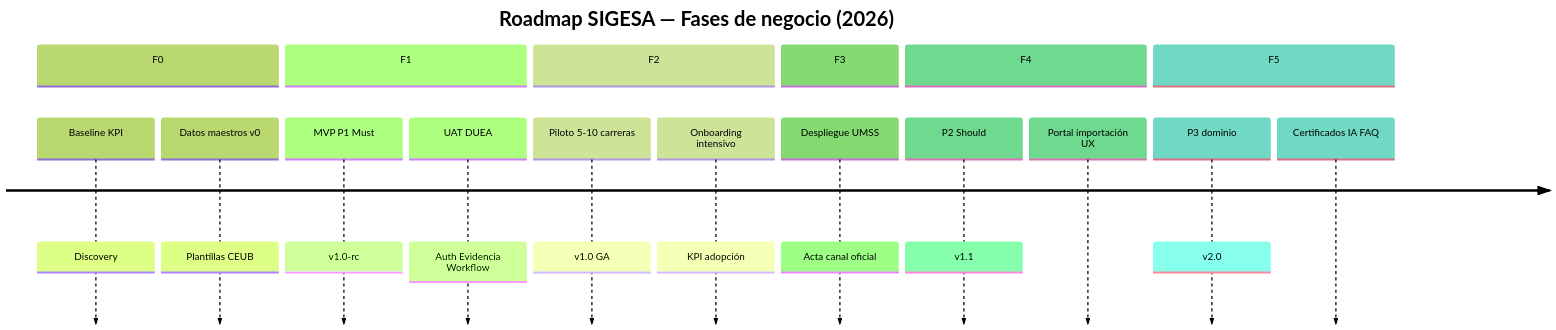
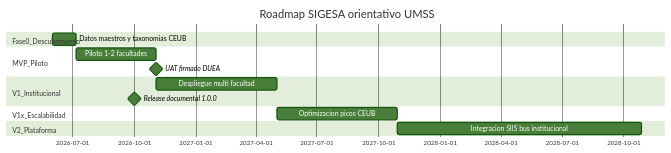
The diagram in docs/03_prd/ROADMAP.md (AcredIA-UMSS/sigesa-docs), drawn with Mermaid (forest theme) before and after one commit. The commit also changed other lines of this file and 4 other files, not shown here.

````diff
--- a/docs/03_prd/ROADMAP.md
+++ b/docs/03_prd/ROADMAP.md
@@ -41,21 +26,17 @@
 ```mermaid
-timeline
-  title Roadmap SIGESA — Fases de negocio (2026)
-  section F0
-    Baseline KPI : Discovery
-    Datos maestros v0 : Plantillas CEUB
-  section F1
-    MVP P1 Must : v1.0-rc
-    UAT DUEA : Auth Evidencia Workflow
-  section F2
-    Piloto 5-10 carreras : v1.0 GA
-    Onboarding intensivo : KPI adopción
-  section F3
-    Despliegue UMSS : Acta canal oficial
-  section F4
-    P2 Should : v1.1
-    Portal importación UX
-  section F5
-    P3 dominio : v2.0
-    Certificados IA FAQ
+gantt
+    title Roadmap SIGESA orientativo UMSS
+    dateFormat YYYY-MM-DD
+    section Fase0_Descubrimiento
+    Datos maestros y taxonomias CEUB     :f0a, 2026-06-01, 35d
+    section MVP_Piloto
+    Piloto 1-2 facultades                :mvp, after f0a, 120d
+    UAT firmado DUEA                     :milestone, m1, after mvp, 0d
+    section V1_Institucional
+    Despliegue multi facultad            :v1, after m1, 180d
+    Release documental 1.0.0           :milestone, m2, 2026-10-01, 0d
+    section V1x_Escalabilidad
+    Optimizacion picos CEUB              :v1x, after v1, 180d
+    section V2_Plataforma
+    Integracion SIIS bus institucional   :v2, after v1x, 365d
 ```
````
